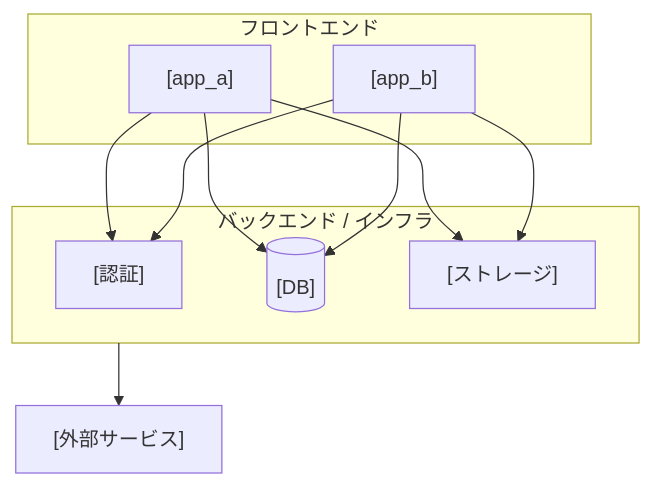
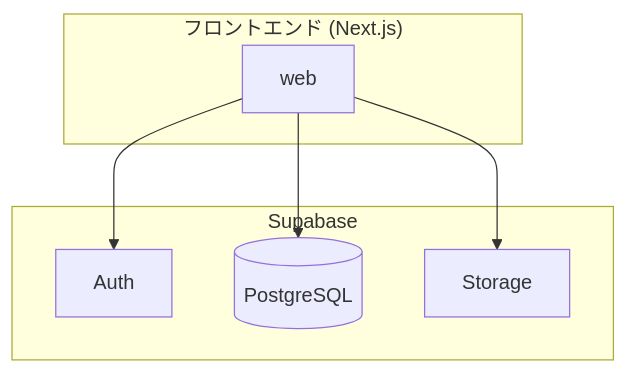
Before and after one commit to careerchain-ys/stdd: the diagram in templates/nextjs-supabase-starter/docs/common/ARCHITECTURE.md, drawn with Mermaid. The commit also changed other lines of this file and 36 other files, not shown here.

````diff
--- a/templates/nextjs-supabase-starter/docs/common/ARCHITECTURE.md
+++ b/templates/nextjs-supabase-starter/docs/common/ARCHITECTURE.md
@@ -62,17 +39,13 @@
 ```mermaid
 flowchart TB
-    subgraph Frontend["フロントエンド"]
-        APPA["[app_a]"]
-        APPB["[app_b]"]
+    subgraph Frontend["フロントエンド (Next.js)"]
+        WEB["web"]
     end
-    subgraph Backend["バックエンド / インフラ"]
-        AUTH["[認証]"]
-        DB[("[DB]")]
-        ST["[ストレージ]"]
+    subgraph Backend["Supabase"]
+        AUTH["Auth"]
+        DB[("PostgreSQL")]
+        ST["Storage"]
     end
-    EXT["[外部サービス]"]
 
-    APPA --> AUTH & DB & ST
-    APPB --> AUTH & DB & ST
-    Backend --> EXT
+    WEB --> AUTH & DB & ST
 ```
````
